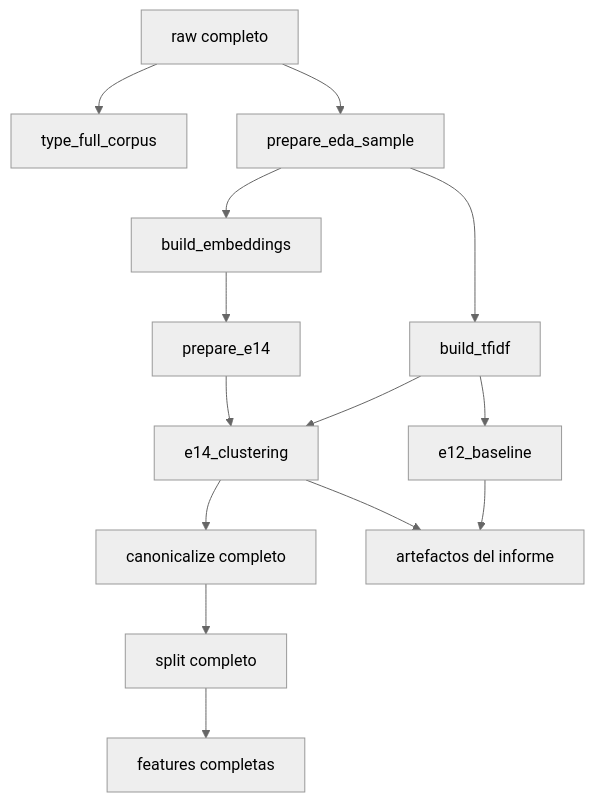
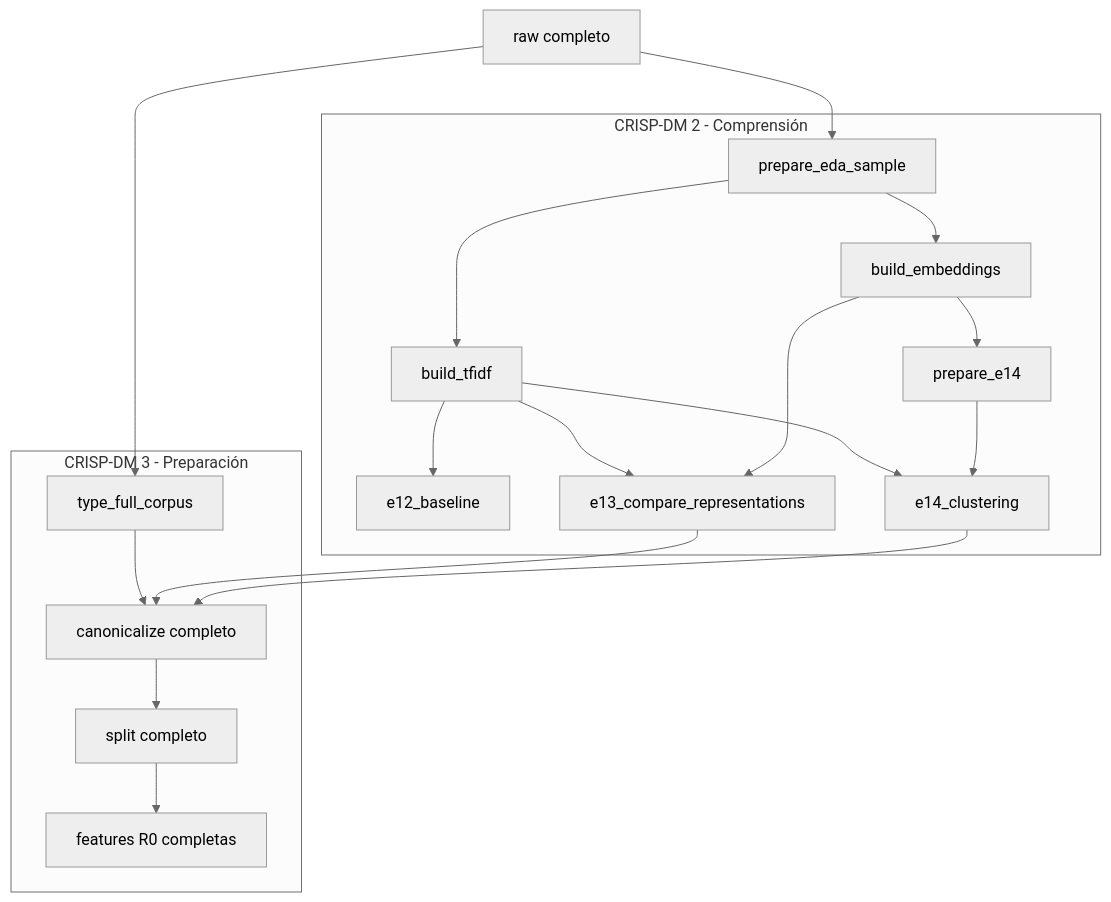
Before and after one commit to Codenid/capstone-claims-triage: the third of 3 diagrams in reports/informe/informe.qmd, drawn with Mermaid (neutral theme). The commit also changed other lines of this file and 3 other files, not shown here.

````diff
--- a/reports/informe/informe.qmd
+++ b/reports/informe/informe.qmd
@@ -1374,16 +1421,32 @@
 ```{mermaid}
 flowchart TD
-    A[raw completo] --> B[type_full_corpus]
-    A --> C[prepare_eda_sample]
-    C --> D[build_tfidf]
-    D --> E[e12_baseline]
-    C --> F[build_embeddings]
-    F --> G[prepare_e14]
-    D --> H[e14_clustering]
-    G --> H
-    H --> I[canonicalize completo]
-    I --> J[split completo]
-    J --> K[features completas]
-    E --> L[artefactos del informe]
-    H --> L
+    A[raw completo]
+    subgraph U[CRISP-DM 2 - Comprensión]
+        B[prepare_eda_sample]
+        C[build_tfidf]
+        D[build_embeddings]
+        E[e12_baseline]
+        F[e13_compare_representations]
+        G[prepare_e14]
+        H[e14_clustering]
+        B --> C
+        B --> D
+        C --> E
+        C --> F
+        D --> F
+        D --> G
+        C --> H
+        G --> H
+    end
+    subgraph P[CRISP-DM 3 - Preparación]
+        I[type_full_corpus]
+        J[canonicalize completo]
+        K[split completo]
+        L[features R0 completas]
+        I --> J --> K --> L
+    end
+    A --> B
+    A --> I
+    F --> J
+    H --> J
 ```
````
